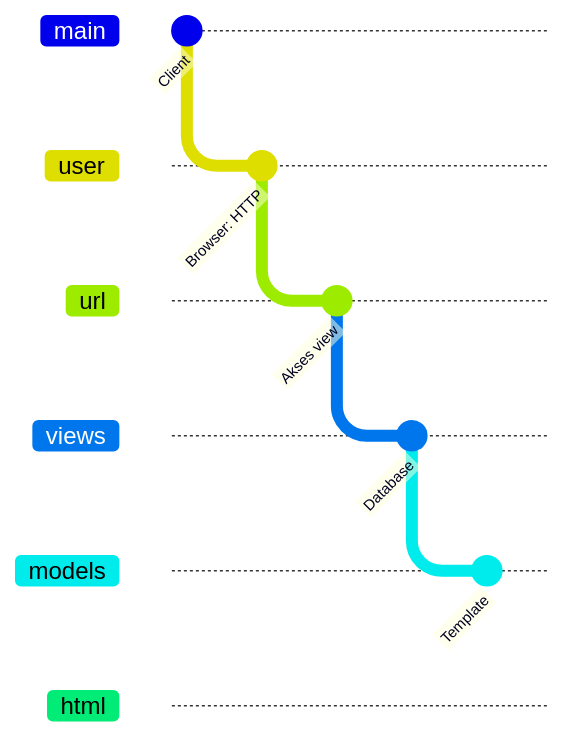
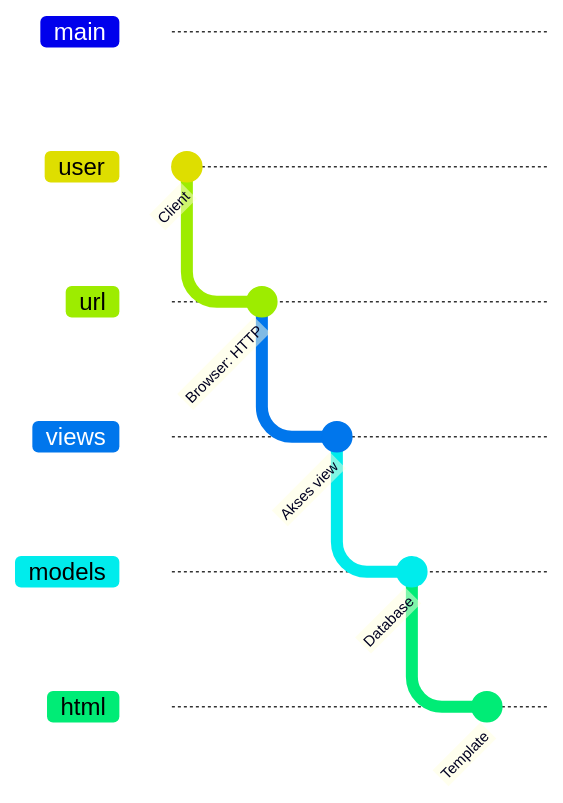
Before and after one commit to codeynamic5/e-commerce: the diagram in README.md, drawn with Mermaid. The commit also changed other lines of this file, not shown here.

````diff
--- a/README.md
+++ b/README.md
@@ -118,18 +118,18 @@
    ```mermaid 
    gitGraph
-        commit id: "Client"
         branch user
         checkout user
-        commit id: "Browser: HTTP"
+        commit id: "Client"
         branch url
         checkout url
-        commit id: "Akses view"
+        commit id: "Browser: HTTP"
         branch views
         checkout views
-        commit id: "Database"
+        commit id: "Akses view"
         branch models
         checkout models
-        commit id: "Template"
+        commit id: "Database"
         branch html
         checkout html
+        commit id: "Template"
    ```
````
